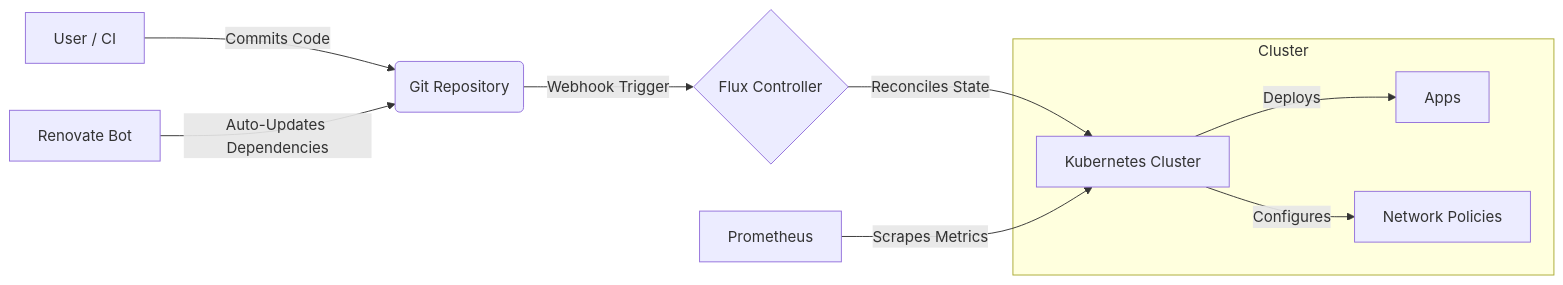
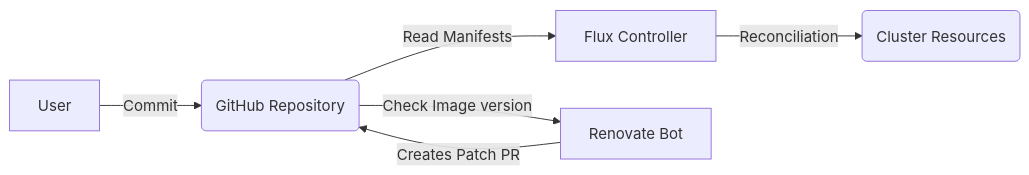
One commit to behrlevi/kube_cluster changed the diagram in README.md. Above: the diagram before and after it, drawn with Mermaid. The commit also changed other lines of this file, not shown here.

Commit message:
fix: updated the architecture diagram

````diff
--- a/README.md
+++ b/README.md
@@ -33,14 +33,8 @@
 ```mermaid
 graph LR
-    A[User / CI] -- Commits Code --> B(Git Repository);
-    B -- Webhook Trigger --> C{Flux Controller};
-    C -- Reconciles State --> D[Kubernetes Cluster];
-    
-    subgraph Cluster
-    D -- Deploys --> E[Apps];
-    D -- Configures --> F[Network Policies];
-    end
-    
-    G[Renovate Bot] -- Auto-Updates Dependencies --> B;
-    H[Prometheus] -- Scrapes Metrics --> D;
+    A[User] -- Commit --> B(GitHub Repository);
+    D[Flux Controller] -- Reconciliation --> C(Cluster Resources);
+    B -- Read Manifests --> D;
+    B -- Check Image version --> G[Renovate Bot] ;
+    G[Renovate Bot] -- Creates Patch PR --> B;
 ```
````
